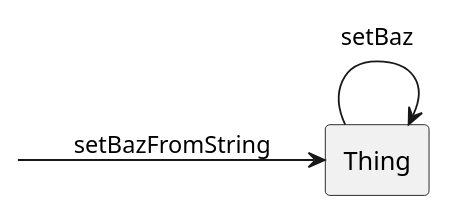
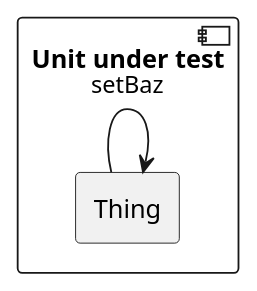
One commit to skiffek/easy-unit-tests changed the diagram in diagrams/04-command-sent-to-self.puml. Above: the diagram before and after it, drawn with PlantUML. The commit also changed 36 other files, not shown here.

```diff
--- a/diagrams/04-command-sent-to-self.puml
+++ b/diagrams/04-command-sent-to-self.puml
@@ -1,11 +1,11 @@
 @startuml communication
 skinparam linestyle ortho
 left to right direction
 
-label " " as external
-rectangle "Thing" as thing
+component "Unit under test" {
+  rectangle "Thing" as thing
+}
 
-external -[plain]-> thing: setBazFromString
 thing -[plain]-> thing: setBaz
 
 @enduml
```
